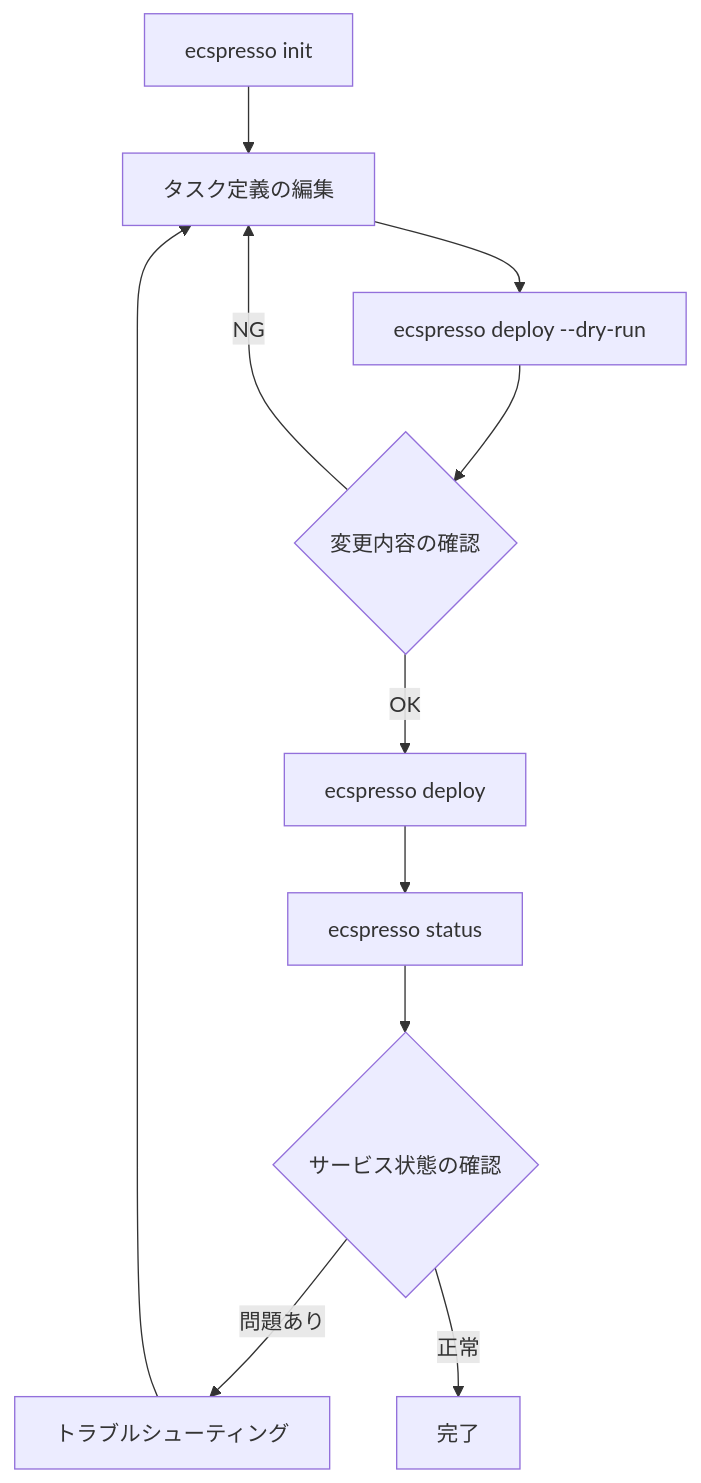
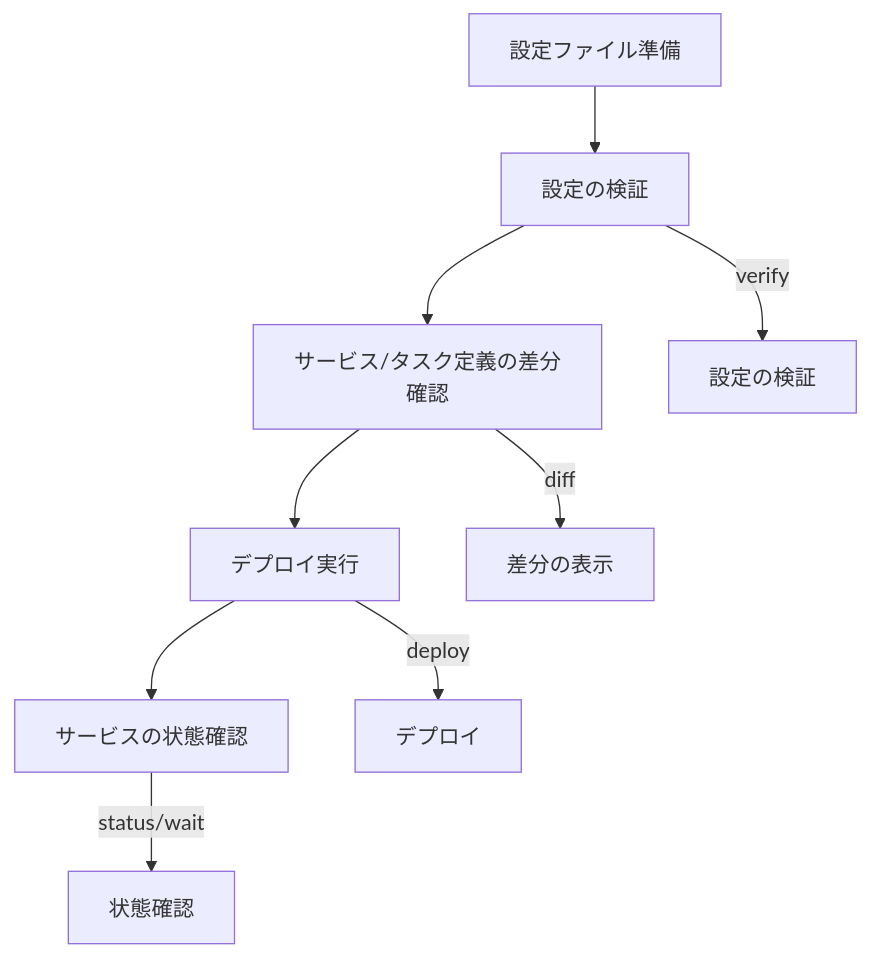
The diagram in ecspresso/quickstart/basic-usage.md (bufferings/devin-docs), drawn with Mermaid before and after one commit. The commit also changed other lines of this file and 31 other files, not shown here.

````diff
--- a/ecspresso/quickstart/basic-usage.md
+++ b/ecspresso/quickstart/basic-usage.md
@@ -69,13 +34,12 @@
 ```mermaid
 graph TD
-    A[ecspresso init] --> B[タスク定義の編集]
-    B --> C[ecspresso deploy --dry-run]
-    C --> D{変更内容の確認}
-    D -->|OK| E[ecspresso deploy]
-    D -->|NG| B
-    E --> F[ecspresso status]
-    F --> G{サービス状態の確認}
-    G -->|問題あり| H[トラブルシューティング]
-    G -->|正常| I[完了]
-    H --> B
+    A[設定ファイル準備] --> B[設定の検証]
+    B --> C[サービス/タスク定義の差分確認]
+    C --> D[デプロイ実行]
+    D --> E[サービスの状態確認]
+    
+    B --> |verify| F[設定の検証]
+    C --> |diff| G[差分の表示]
+    D --> |deploy| H[デプロイ]
+    E --> |status/wait| I[状態確認]
 ```
````
